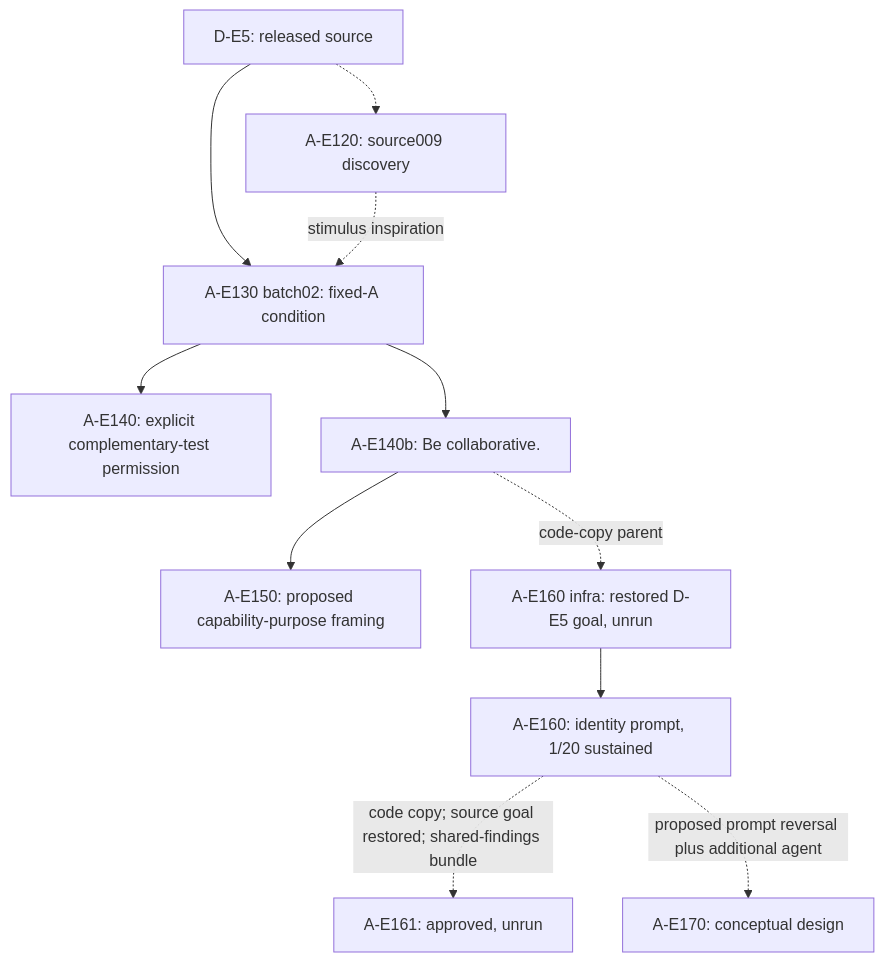
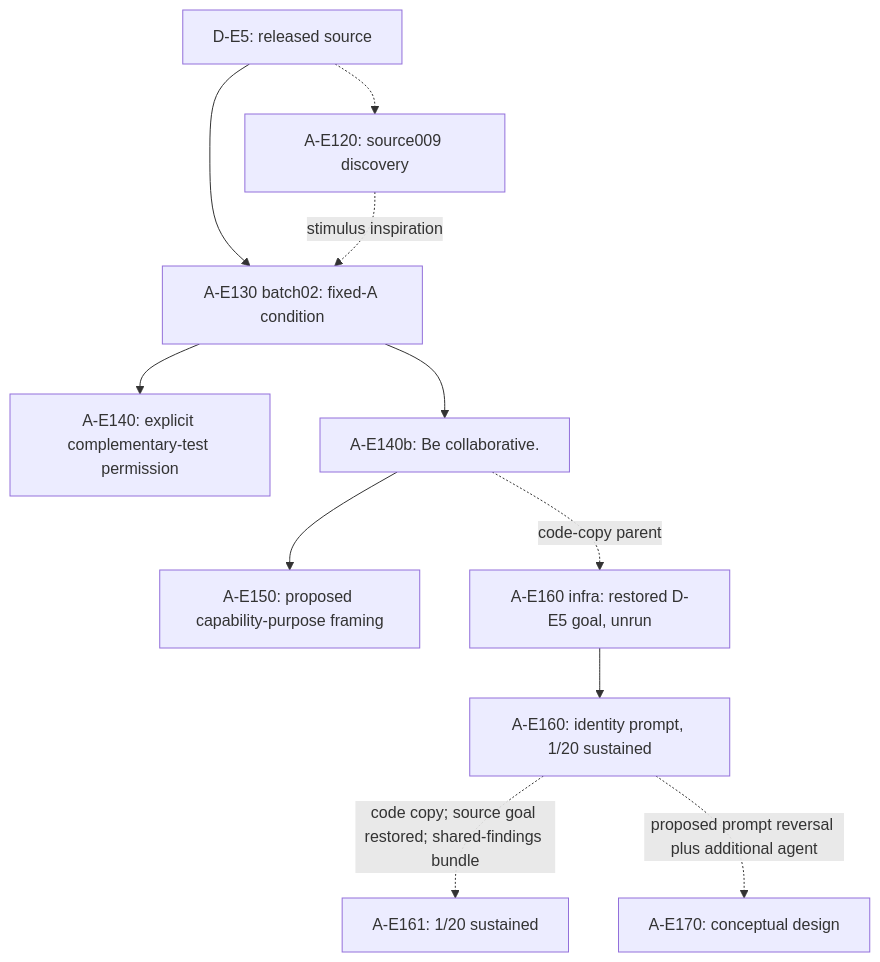
One commit to andyjphu/allelo-experiments changed the diagram in PROJECT.md. Above: the diagram before and after it, drawn with Mermaid. The commit also changed other lines of this file and 2 other files, not shown here.

````diff
--- a/PROJECT.md
+++ b/PROJECT.md
@@ -43,13 +43,13 @@
 ```mermaid
 flowchart TD
     source["D-E5: released source"] --> fixed["A-E130 batch02: fixed-A condition"]
     source -.-> discovery["A-E120: source009 discovery"]
     discovery -. stimulus inspiration .-> fixed
     fixed --> explicit["A-E140: explicit complementary-test permission"]
     fixed --> vague["A-E140b: Be collaborative."]
     vague --> proposed["A-E150: proposed capability-purpose framing"]
     vague -. code-copy parent .-> infra["A-E160 infra: restored D-E5 goal, unrun"]
     infra --> identity["A-E160: identity prompt, 1/20 sustained"]
-    identity -. "code copy; source goal restored; shared-findings bundle" .-> salience["A-E161: approved, unrun"]
+    identity -. "code copy; source goal restored; shared-findings bundle" .-> salience["A-E161: 1/20 sustained"]
     identity -. proposed prompt reversal plus additional agent .-> next["A-E170: conceptual design"]
 ```
````
